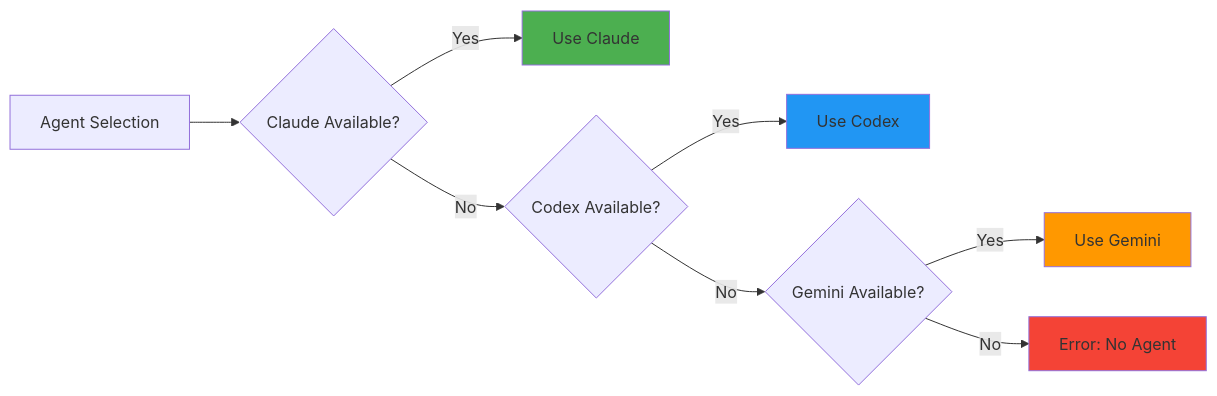
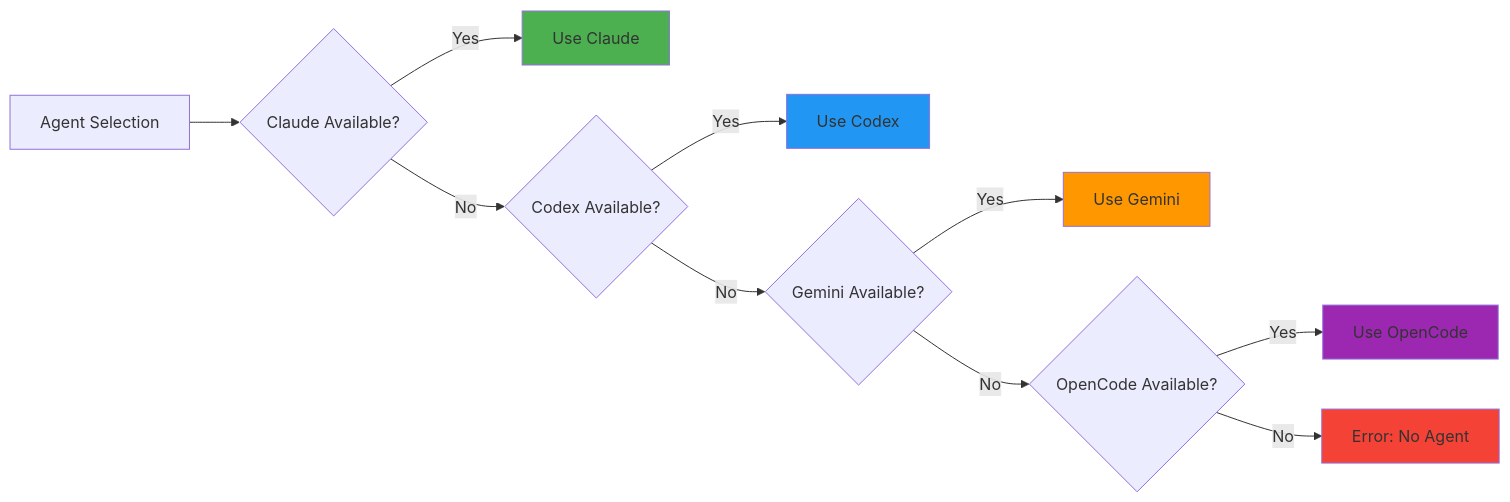
The third of 3 diagrams in docs/commands/agents.md (jerejones/agent-foreman), drawn with Mermaid before and after one commit. The commit also changed other lines of this file and 9 other files, not shown here.

````diff
--- a/docs/commands/agents.md
+++ b/docs/commands/agents.md
@@ -127,15 +134,18 @@
 ```mermaid
 graph LR
     A[Agent Selection] --> B{Claude Available?}
     B -->|Yes| C[Use Claude]
     B -->|No| D{Codex Available?}
     D -->|Yes| E[Use Codex]
     D -->|No| F{Gemini Available?}
     F -->|Yes| G[Use Gemini]
-    F -->|No| H[Error: No Agent]
+    F -->|No| I{OpenCode Available?}
+    I -->|Yes| J[Use OpenCode]
+    I -->|No| H[Error: No Agent]
 
     style C fill:#4CAF50
     style E fill:#2196F3
     style G fill:#FF9800
+    style J fill:#9C27B0
     style H fill:#f44336
 ```
````
